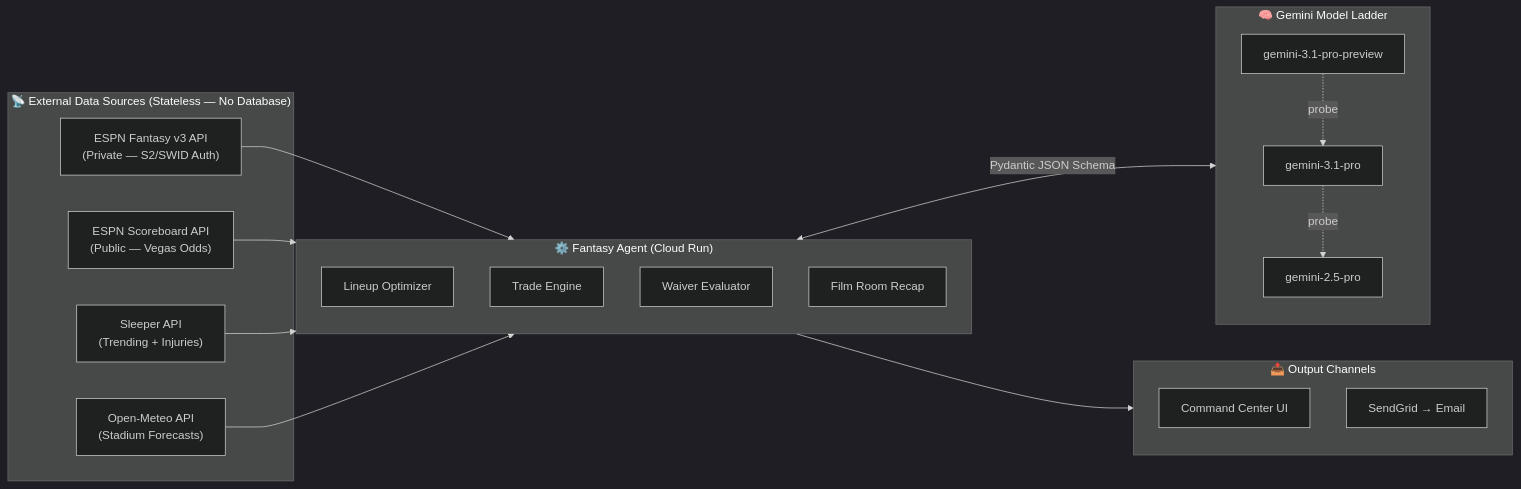
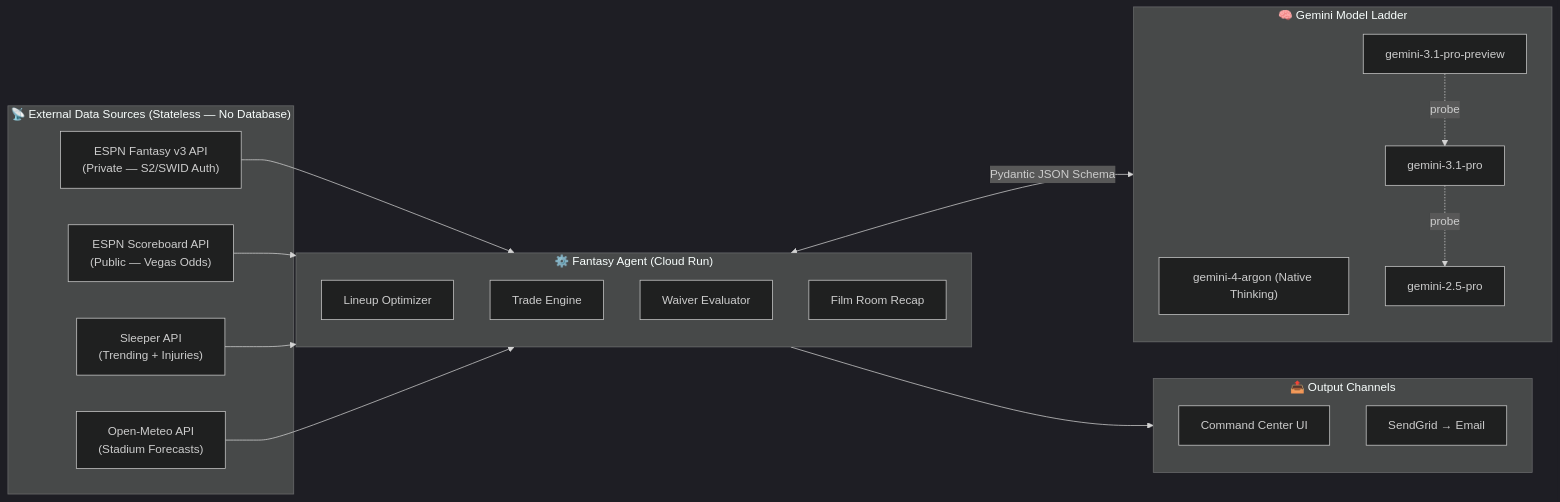
One commit to damiththa/nfl-fantasy-football-agent changed the second of 5 diagrams in ARCHITECTURE.md. Above: the diagram before and after it, drawn with Mermaid (dark theme). The commit also changed other lines of this file and 3 other files, not shown here.

Commit message:
fix(docs): adhere to Archify 140-char view note limit and update README/ARCHITECTURE for gemini-4-argon

````diff
--- a/ARCHITECTURE.md
+++ b/ARCHITECTURE.md
@@ -171,38 +172,39 @@
 ```mermaid
 flowchart LR
     subgraph DataSources ["📡 External Data Sources (Stateless — No Database)"]
         ESPN["ESPN Fantasy v3 API<br/>(Private — S2/SWID Auth)"]
         ESPN_SB["ESPN Scoreboard API<br/>(Public — Vegas Odds)"]
         Sleeper["Sleeper API<br/>(Trending + Injuries)"]
         Weather["Open-Meteo API<br/>(Stadium Forecasts)"]
     end
 
     subgraph AILayer ["🧠 Gemini Model Ladder"]
+        G4A["gemini-4-argon (Native Thinking)"]
         G31P["gemini-3.1-pro-preview"]
         G31["gemini-3.1-pro"]
         G25["gemini-2.5-pro"]
     end
 
     subgraph Outputs ["📤 Output Channels"]
         UI["Command Center UI"]
         Email["SendGrid → Email"]
     end
 
     subgraph Agent ["⚙️ Fantasy Agent (Cloud Run)"]
         Lineup["Lineup Optimizer"]
         Trades["Trade Engine"]
         Waivers["Waiver Evaluator"]
         Recap["Film Room Recap"]
     end
 
     ESPN --> Agent
     ESPN_SB --> Agent
     Sleeper --> Agent
     Weather --> Agent
 
     Agent <-->|"Pydantic JSON Schema"| AILayer
     G31P -.->|"probe"| G31
     G31 -.->|"probe"| G25
 
     Agent --> Outputs
 ```
````
